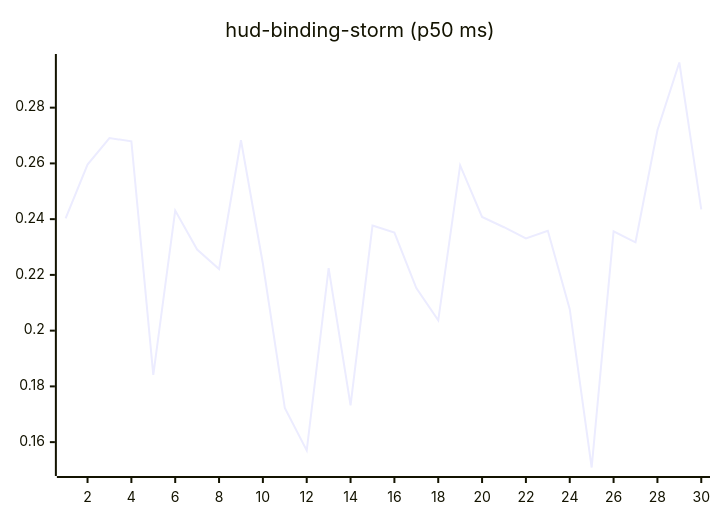
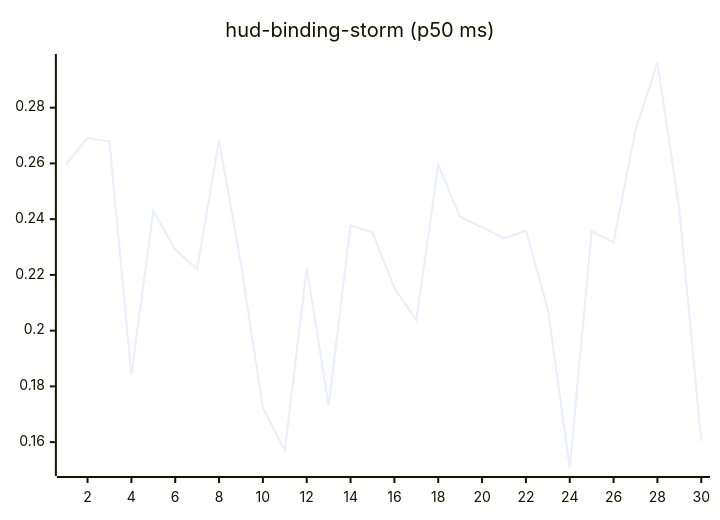
The tenth of 27 diagrams in README.md (josha/Facet), drawn with Mermaid before and after one commit. The commit also changed other lines of this file and 2 other files, not shown here.

````diff
--- a/README.md
+++ b/README.md
@@ -126,6 +126,6 @@
 ```mermaid
 xychart-beta
     title "hud-binding-storm (p50 ms)"
     x-axis 1 --> 30
-    line [0.2403, 0.2596, 0.2691, 0.2679, 0.1841, 0.2431, 0.2291, 0.2221, 0.2683, 0.2240, 0.1723, 0.1570, 0.2224, 0.1732, 0.2377, 0.2352, 0.2153, 0.2037, 0.2593, 0.2408, 0.2371, 0.2331, 0.2358, 0.2077, 0.1509, 0.2356, 0.2317, 0.2719, 0.2962, 0.2435]
+    line [0.2596, 0.2691, 0.2679, 0.1841, 0.2431, 0.2291, 0.2221, 0.2683, 0.2240, 0.1723, 0.1570, 0.2224, 0.1732, 0.2377, 0.2352, 0.2153, 0.2037, 0.2593, 0.2408, 0.2371, 0.2331, 0.2358, 0.2077, 0.1509, 0.2356, 0.2317, 0.2719, 0.2962, 0.2435, 0.1605]
 ```
````
